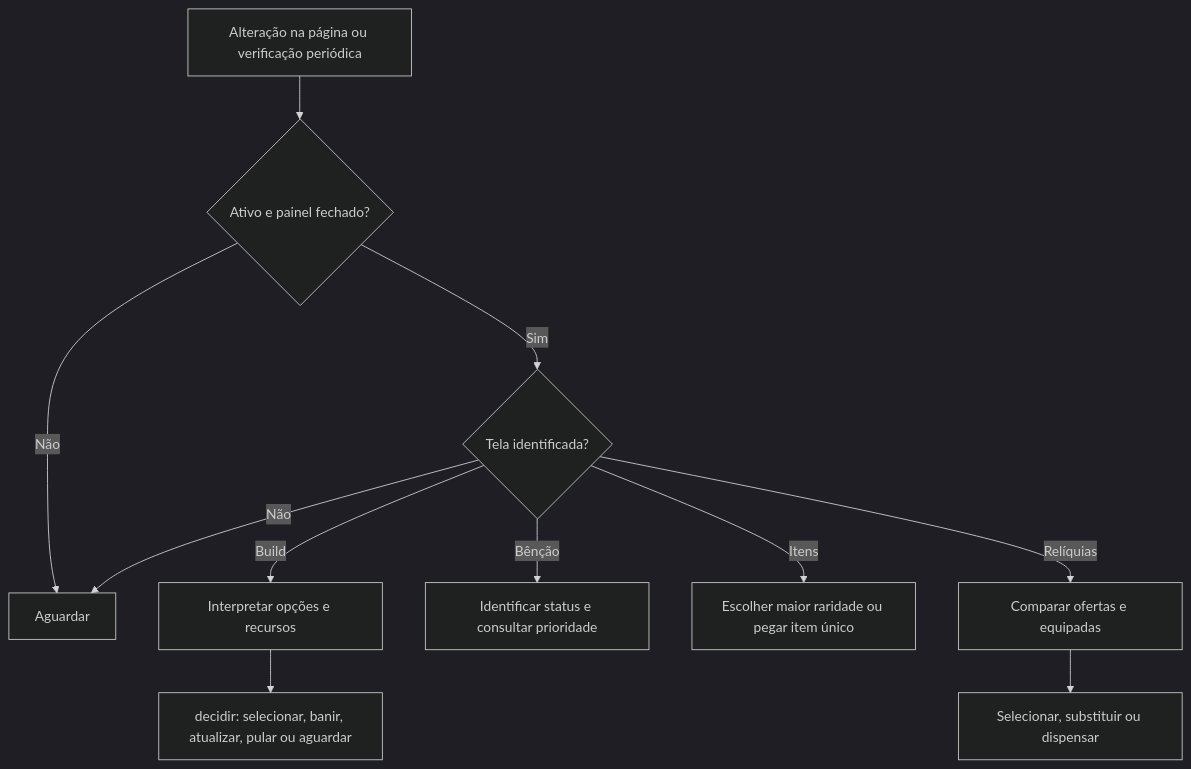
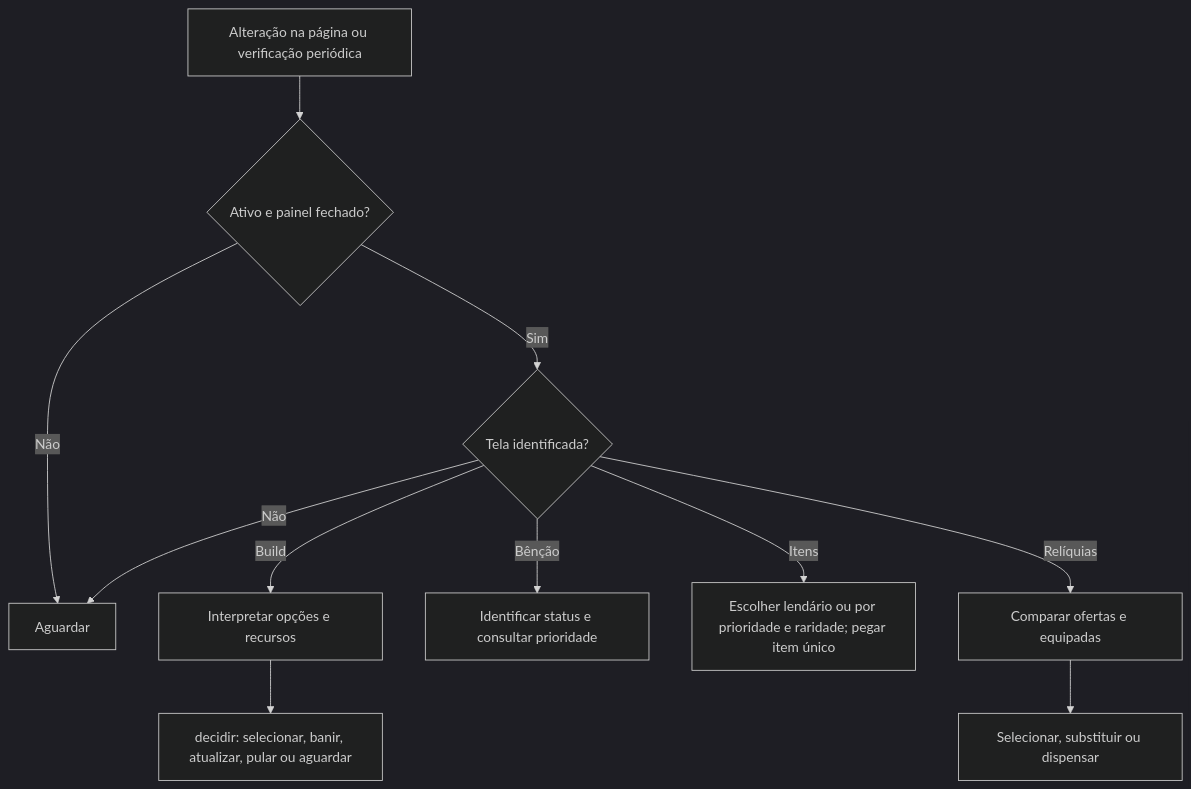
One commit to guilhermehpmoraes/pokebonk-auto changed the diagram in docs/flows.md. Above: the diagram before and after it, drawn with Mermaid (dark theme). The commit also changed other lines of this file and 12 other files, not shown here.

````diff
--- a/docs/flows.md
+++ b/docs/flows.md
@@ -3,13 +3,13 @@
 ```mermaid
 flowchart TD
   A[Alteração na página ou verificação periódica] --> B{Ativo e painel fechado?}
   B -- Não --> W[Aguardar]
   B -- Sim --> C{Tela identificada?}
   C -- Build --> D[Interpretar opções e recursos]
   D --> E[decidir: selecionar, banir, atualizar, pular ou aguardar]
   C -- Bênção --> F[Identificar status e consultar prioridade]
-  C -- Itens --> G[Escolher maior raridade ou pegar item único]
+  C -- Itens --> G[Escolher lendário ou por prioridade e raridade; pegar item único]
   C -- Relíquias --> H[Comparar ofertas e equipadas]
   H --> I[Selecionar, substituir ou dispensar]
   C -- Não --> W
 ```
````
